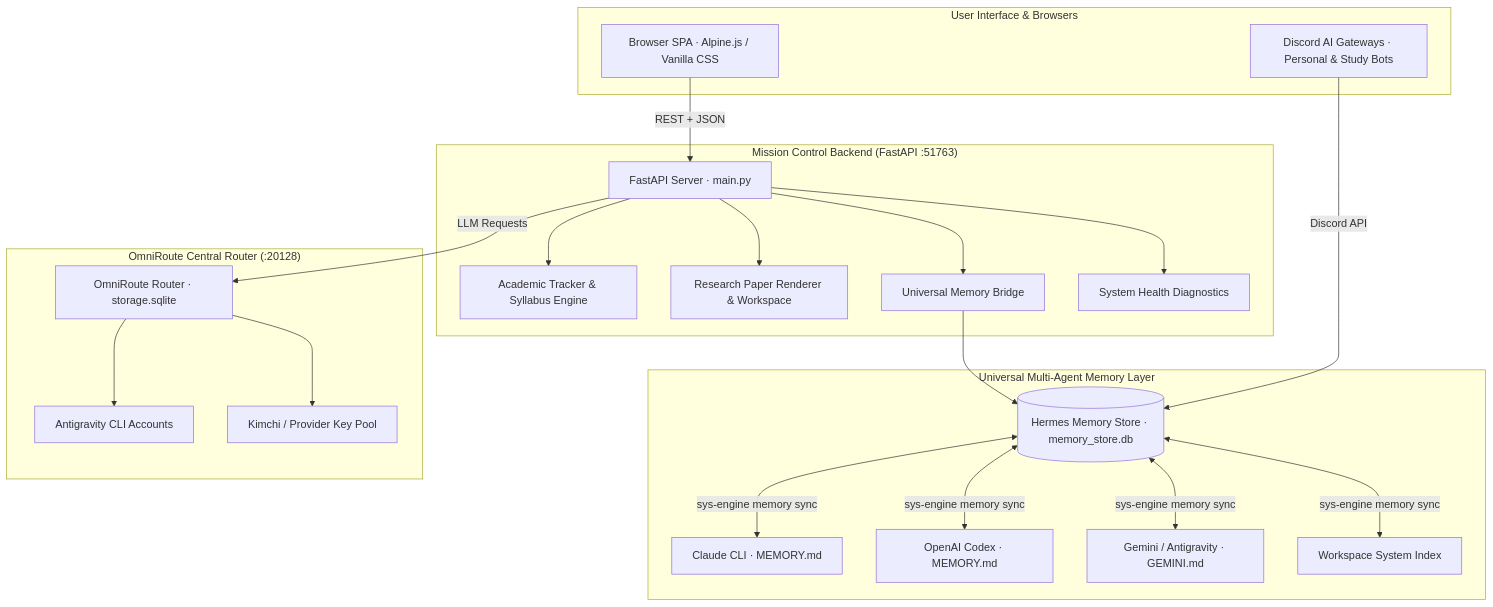
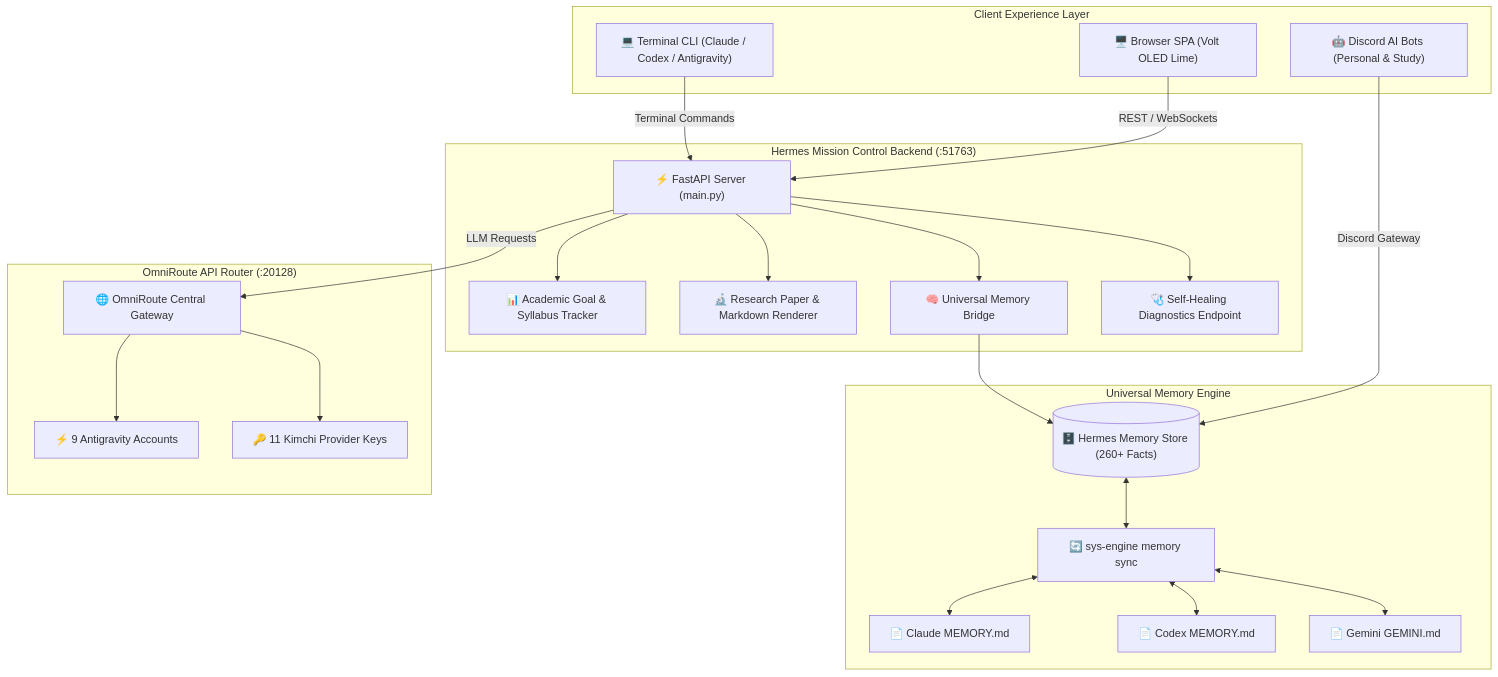
The diagram in README.md (Dhairya2289/Personal-AI-System), drawn with Mermaid before and after one commit. The commit also changed other lines of this file, not shown here.

Commit message:
docs: upgrade README with compelling narrative, custom badges, system diagram, and feature deep-dives

````diff
--- a/README.md
+++ b/README.md
@@ -15,40 +57,40 @@
 ```mermaid
 flowchart TD
-    subgraph Frontend ["User Interface & Browsers"]
-        UI[Browser SPA · Alpine.js / Vanilla CSS]
-        DC[Discord AI Gateways · Personal & Study Bots]
+    subgraph Clients ["Client Experience Layer"]
+        UI["🖥️ Browser SPA (Volt OLED Lime)"]
+        BOT["🤖 Discord AI Bots (Personal & Study)"]
+        CLI_U["💻 Terminal CLI (Claude / Codex / Antigravity)"]
     end
 
-    subgraph Backend ["Mission Control Backend (FastAPI :51763)"]
-        API[FastAPI Server · main.py]
-        TR[Academic Tracker & Syllabus Engine]
-        RS[Research Paper Renderer & Workspace]
-        MB[Universal Memory Bridge]
-        SH[System Health Diagnostics]
+    subgraph Core ["Hermes Mission Control Backend (:51763)"]
+        API["⚡ FastAPI Server (main.py)"]
+        TRK["📊 Academic Goal & Syllabus Tracker"]
+        RSR["🔬 Research Paper & Markdown Renderer"]
+        MEM["🧠 Universal Memory Bridge"]
+        HLT["🩺 Self-Healing Diagnostics Endpoint"]
     end
 
-    subgraph MemoryEngine ["Universal Multi-Agent Memory Layer"]
-        HDB[(Hermes Memory Store · memory_store.db)]
-        CL[Claude CLI · MEMORY.md]
-        CX[OpenAI Codex · MEMORY.md]
-        GM[Gemini / Antigravity · GEMINI.md]
-        WIX[Workspace System Index]
+    subgraph Memory ["Universal Memory Engine"]
+        MDB[("🗄️ Hermes Memory Store (260+ Facts)")]
+        SYNC["🔄 sys-engine memory sync"]
+        CL_M["📄 Claude MEMORY.md"]
+        CX_M["📄 Codex MEMORY.md"]
+        GM_M["📄 Gemini GEMINI.md"]
     end
 
-    subgraph Router ["OmniRoute Central Router (:20128)"]
-        OM[OmniRoute Router · storage.sqlite]
-        AGY[Antigravity CLI Accounts]
-        KMC[Kimchi / Provider Key Pool]
+    subgraph Routing ["OmniRoute API Router (:20128)"]
+        OM["🌐 OmniRoute Central Gateway"]
+        AGY["⚡ 9 Antigravity Accounts"]
+        KMC["🔑 11 Kimchi Provider Keys"]
     end
 
-    UI -->|REST + JSON| API
-    DC -->|Discord API| HDB
-    API --> TR
-    API --> RS
-    API --> MB
-    API --> SH
-    MB --> HDB
-    HDB <-->|sys-engine memory sync| CL & CX & GM & WIX
+    UI -->|REST / WebSockets| API
+    BOT -->|Discord Gateway| MDB
+    CLI_U -->|Terminal Commands| API
+    API --> TRK & RSR & MEM & HLT
+    MEM --> MDB
+    MDB <--> SYNC
+    SYNC <--> CL_M & CX_M & GM_M
     API -->|LLM Requests| OM
     OM --> AGY & KMC
 ```
````
